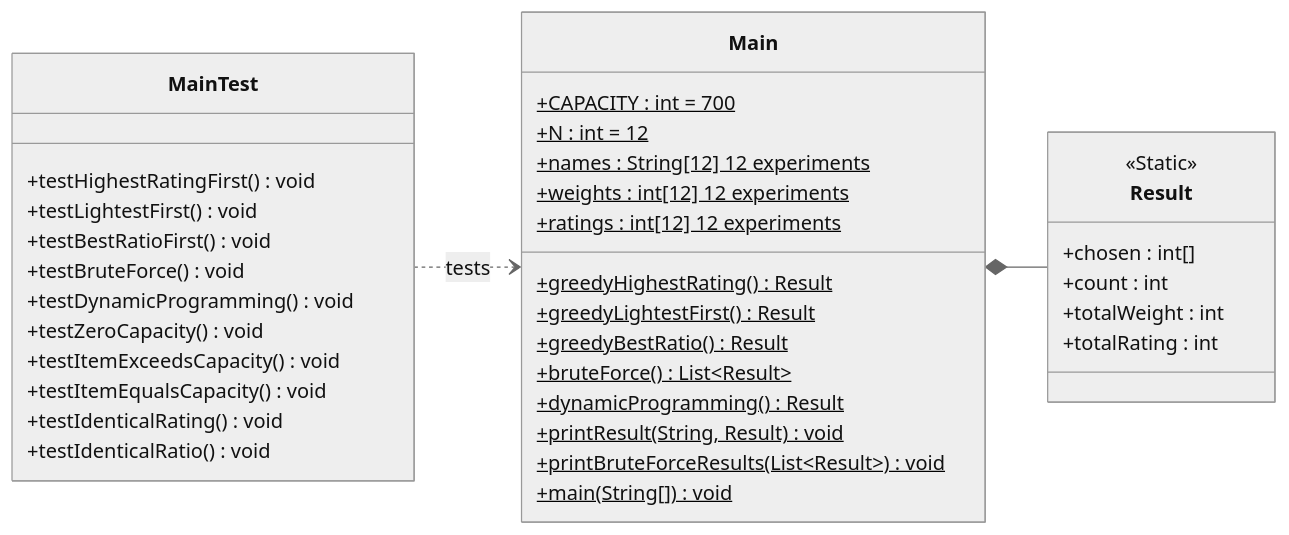
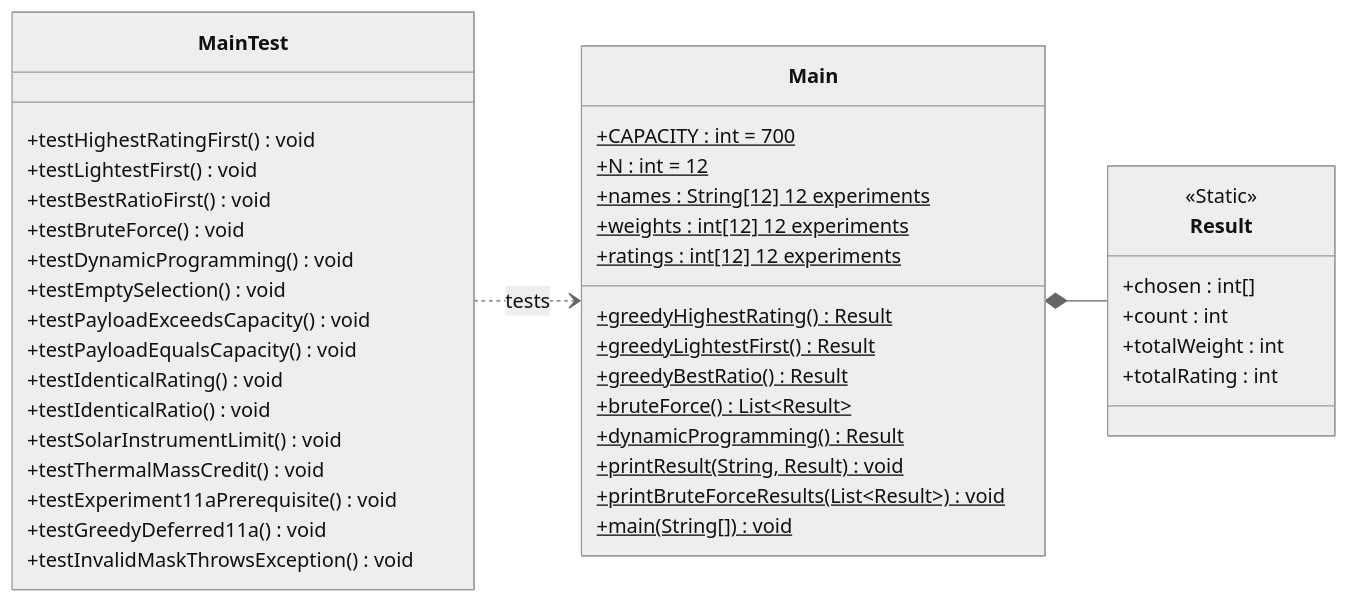
One commit to Adam-Kharon/CS_2430_Programming_Project_3 changed the diagram in docs/UML_Markdown.md. Above: the diagram before and after it, drawn with Mermaid (neutral theme).

Commit message:
Adjust MainTest UML to account for change order

````diff
--- a/docs/UML_Markdown.md
+++ b/docs/UML_Markdown.md
@@ -1,44 +1,49 @@
 ```mermaid
 classDiagram
     direction LR
 
     class Main {
         +CAPACITY : int = 700$
         +N : int = 12$
         +names : String[12] 12 experiments$
         +weights : int[12] 12 experiments$
         +ratings : int[12] 12 experiments$
         +greedyHighestRating() Result$
         +greedyLightestFirst() Result$
         +greedyBestRatio() Result$
         +bruteForce() List~Result~$
         +dynamicProgramming() Result$
         +printResult(String, Result) void$
         +printBruteForceResults(List~Result~) void$
         +main(String[]) void$
     }
 
     class Result {
         <<Static>>
         +chosen : int[]
         +count : int
         +totalWeight : int
         +totalRating : int
     }
 
     class MainTest {
         +testHighestRatingFirst() void
         +testLightestFirst() void
         +testBestRatioFirst() void
         +testBruteForce() void
         +testDynamicProgramming() void
-        +testZeroCapacity() void
-        +testItemExceedsCapacity() void
-        +testItemEqualsCapacity() void
+        +testEmptySelection() void
+        +testPayloadExceedsCapacity() void
+        +testPayloadEqualsCapacity() void
         +testIdenticalRating() void
         +testIdenticalRatio() void
+        +testSolarInstrumentLimit() void
+        +testThermalMassCredit() void
+        +testExperiment11aPrerequisite() void
+        +testGreedyDeferred11a() void
+        +testInvalidMaskThrowsException() void
     }
 
     Main *-- Result
     MainTest ..> Main : tests
 ```
````
